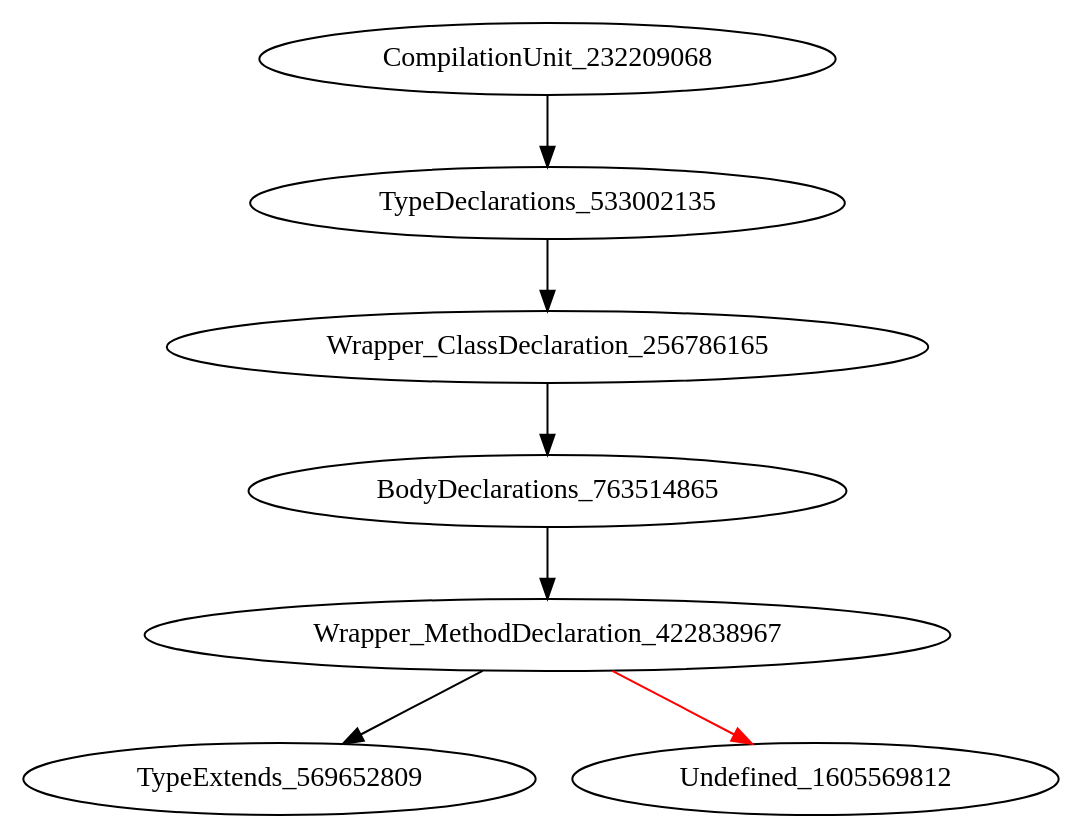
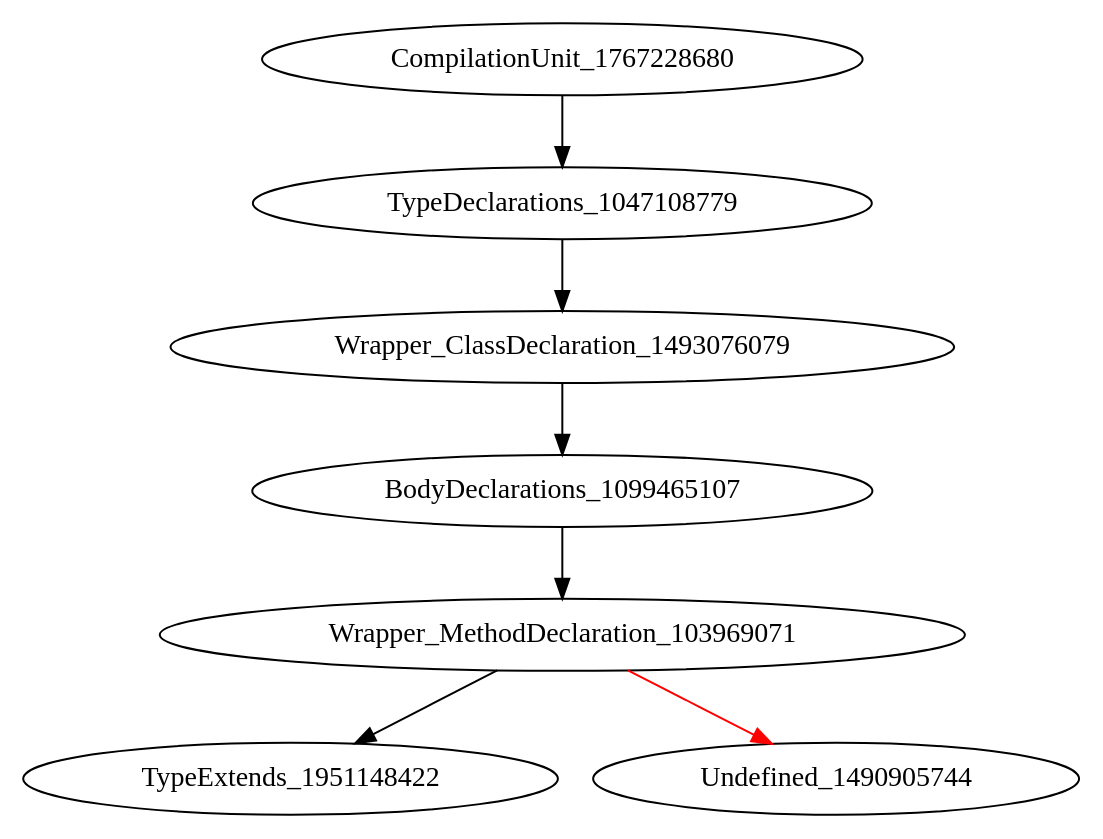
Before and after one commit to icse2023material/VoiceJava: the diagram in holeAST.dot, drawn with Graphviz. The commit also changed 11 other files, not shown here.

```diff
--- a/holeAST.dot
+++ b/holeAST.dot
@@ -1,8 +1,8 @@
 digraph {
-CompilationUnit_232209068 -> TypeDeclarations_533002135
-TypeDeclarations_533002135 -> Wrapper_ClassDeclaration_256786165
-Wrapper_ClassDeclaration_256786165 -> BodyDeclarations_763514865
-BodyDeclarations_763514865 -> Wrapper_MethodDeclaration_422838967
-Wrapper_MethodDeclaration_422838967 -> TypeExtends_569652809
-Wrapper_MethodDeclaration_422838967 -> Undefined_1605569812 [color = red] 
+CompilationUnit_1767228680 -> TypeDeclarations_1047108779
+TypeDeclarations_1047108779 -> Wrapper_ClassDeclaration_1493076079
+Wrapper_ClassDeclaration_1493076079 -> BodyDeclarations_1099465107
+BodyDeclarations_1099465107 -> Wrapper_MethodDeclaration_103969071
+Wrapper_MethodDeclaration_103969071 -> TypeExtends_1951148422
+Wrapper_MethodDeclaration_103969071 -> Undefined_1490905744 [color = red] 
 }
```
